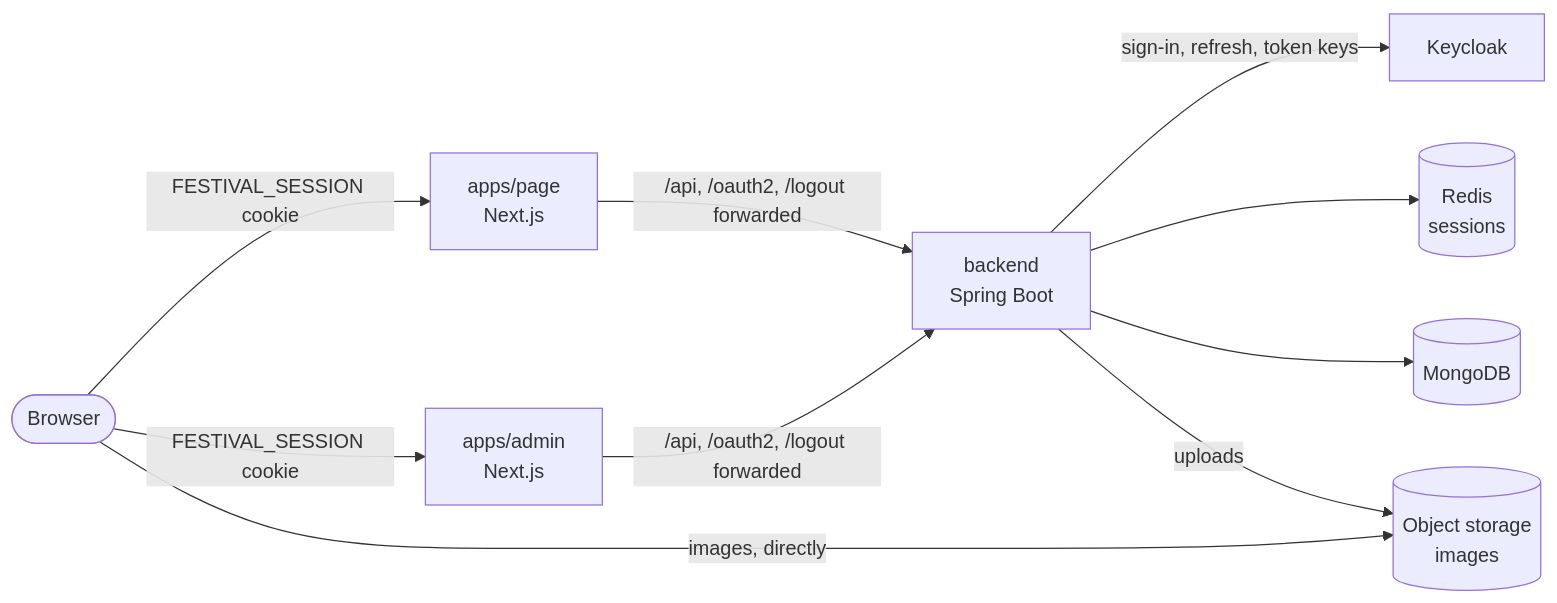
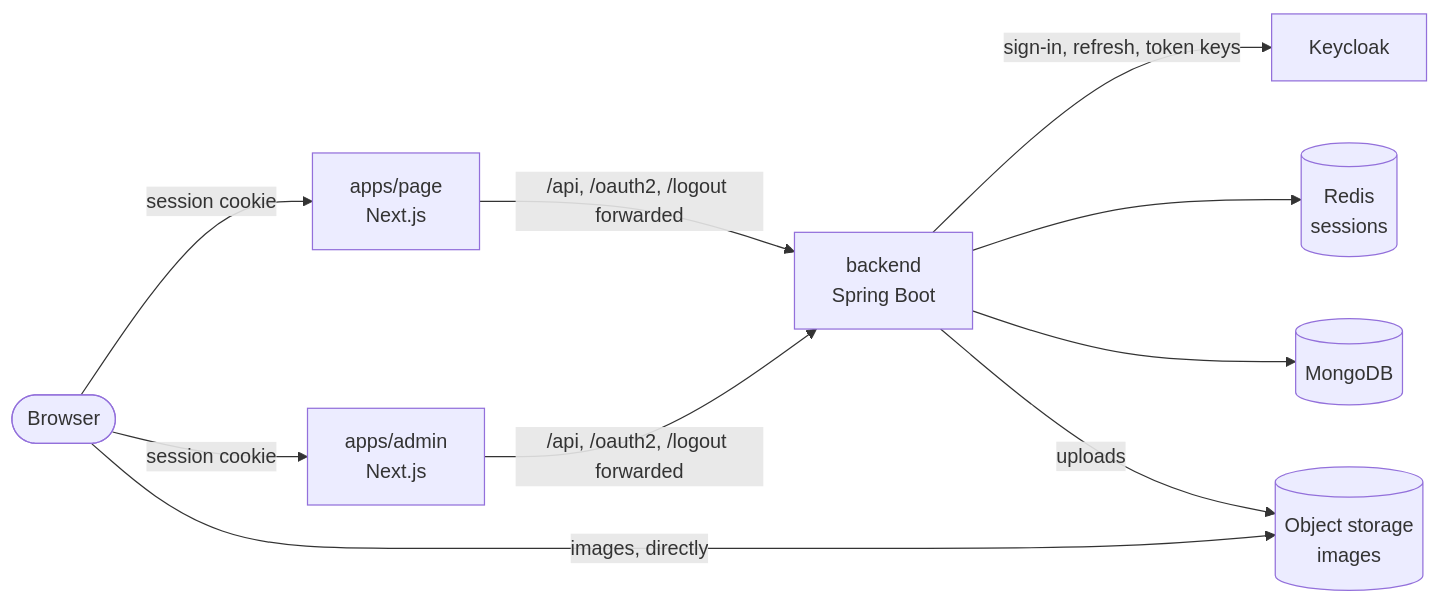
The diagram in docs/architecture.md (vertyll/festival), drawn with Mermaid before and after one commit. The commit also changed 36 other files, not shown here.

````diff
--- a/docs/architecture.md
+++ b/docs/architecture.md
@@ -5,21 +5,21 @@
 ```mermaid
 flowchart LR
     browser([Browser])
     page["apps/page<br/>Next.js"]
     admin["apps/admin<br/>Next.js"]
     back["backend<br/>Spring Boot"]
     kc[Keycloak]
     redis[("Redis<br/>sessions")]
     mongo[(MongoDB)]
     s3[("Object storage<br/>images")]
 
-    browser -- "FESTIVAL_SESSION cookie" --> page
-    browser -- "FESTIVAL_SESSION cookie" --> admin
+    browser -- "session cookie" --> page
+    browser -- "session cookie" --> admin
     page -- "/api, /oauth2, /logout forwarded" --> back
     admin -- "/api, /oauth2, /logout forwarded" --> back
     back -- "sign-in, refresh, token keys" --> kc
     back --> redis
     back --> mongo
     back -- "uploads" --> s3
     browser -- "images, directly" --> s3
 ```
````
